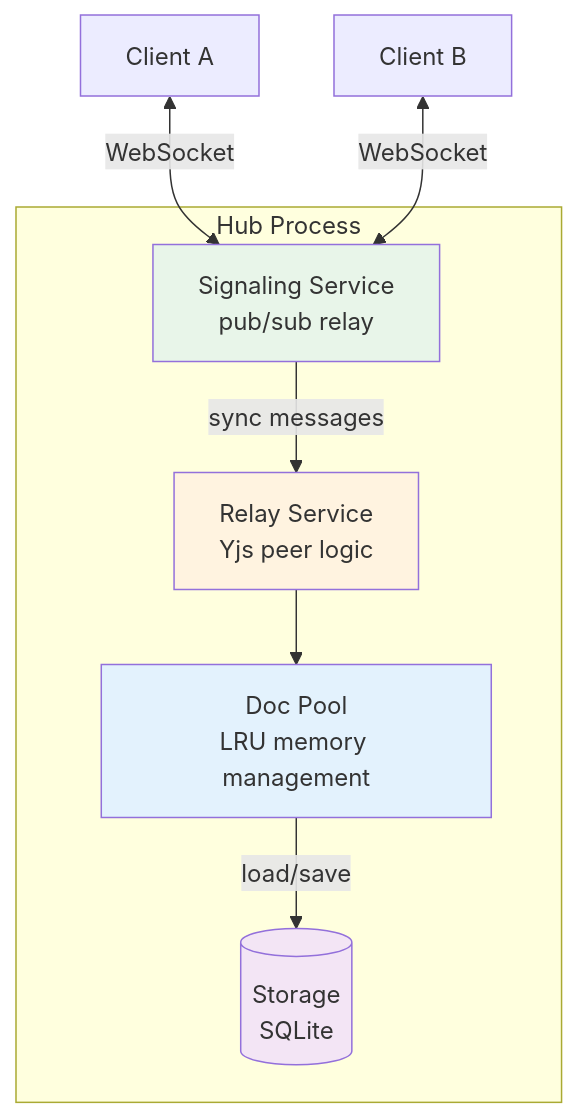
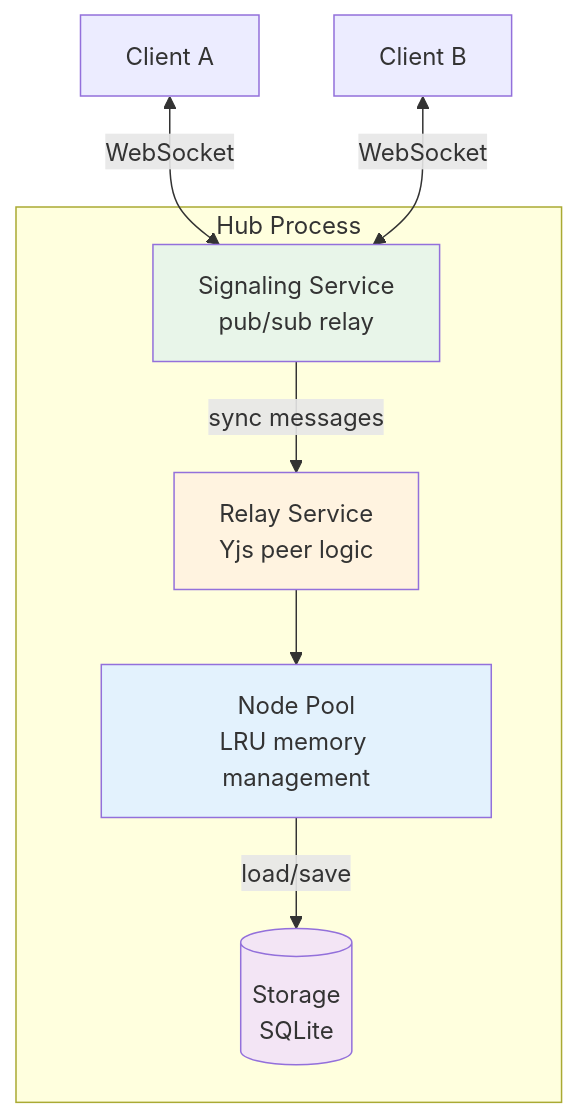
Before and after one commit to crs48/xNet: the diagram in docs/planStep03_8HubPhase1VPS/03-sync-relay.md, drawn with Mermaid. The commit also changed other lines of this file and 34 other files, not shown here.

````diff
--- a/docs/planStep03_8HubPhase1VPS/03-sync-relay.md
+++ b/docs/planStep03_8HubPhase1VPS/03-sync-relay.md
@@ -12,21 +12,21 @@
 ```mermaid
 flowchart TB
     subgraph "Hub Process"
         SIG[Signaling Service<br/>pub/sub relay]
         RELAY[Relay Service<br/>Yjs peer logic]
-        POOL[Doc Pool<br/>LRU memory management]
+        POOL[Node Pool<br/>LRU memory management]
         STORE[(Storage<br/>SQLite)]
 
         SIG -->|sync messages| RELAY
         RELAY --> POOL
         POOL -->|load/save| STORE
     end
 
     C1[Client A] <-->|WebSocket| SIG
     C2[Client B] <-->|WebSocket| SIG
 
     style SIG fill:#e8f5e9
     style RELAY fill:#fff3e0
     style POOL fill:#e3f2fd
     style STORE fill:#f3e5f5
 ```
````
